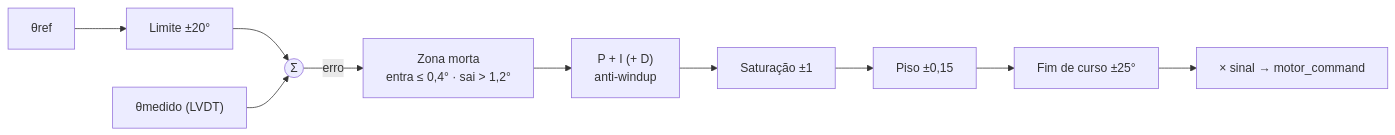
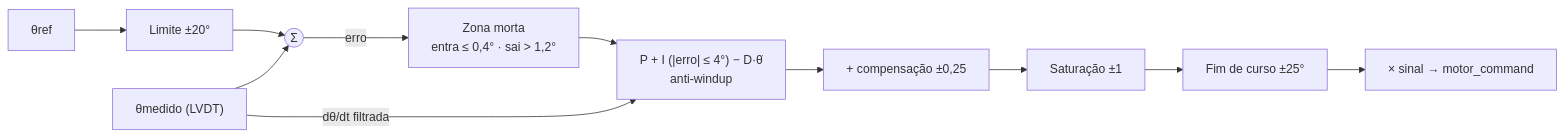
Before and after one commit to projeto-VIDA-UFLA/projeto-vida-firmware-esp32: the diagram in doc/control/SteeringController.md, drawn with Mermaid. The commit also changed other lines of this file and 7 other files, not shown here.

````diff
--- a/doc/control/SteeringController.md
+++ b/doc/control/SteeringController.md
@@ -44,12 +44,13 @@
 ```mermaid
 flowchart LR
     R["θref"] --> CL["Limite ±20°"]
     CL --> SUM(("Σ"))
     M["θmedido (LVDT)"] --> SUM
     SUM -- erro --> DB["Zona morta<br/>entra ≤ 0,4° · sai > 1,2°"]
-    DB --> PID["P + I (+ D)<br/>anti-windup"]
-    PID --> SAT["Saturação ±1"]
-    SAT --> FL["Piso ±0,15"]
-    FL --> LIM["Fim de curso ±25°"]
+    M -- "dθ/dt filtrada" --> PID
+    DB --> PID["P + I (|erro| ≤ 4°) − D·θ̇<br/>anti-windup"]
+    PID --> FL["+ compensação ±0,25"]
+    FL --> SAT["Saturação ±1"]
+    SAT --> LIM["Fim de curso ±25°"]
     LIM --> SG["× sinal → motor_command"]
 ```
````
